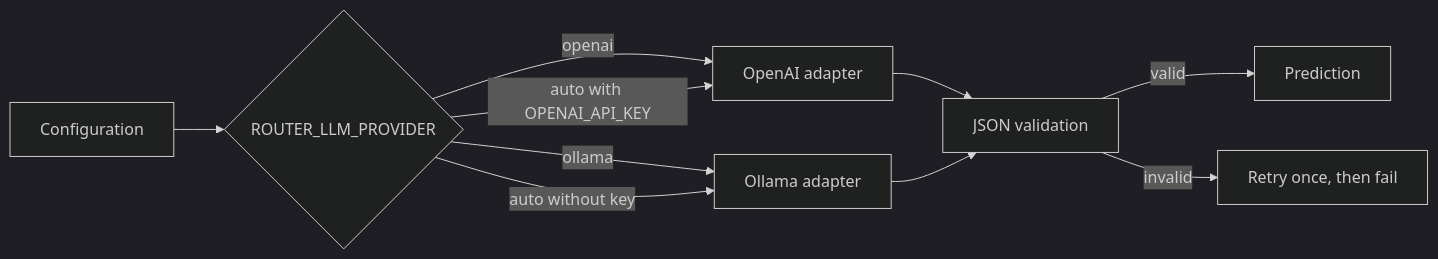
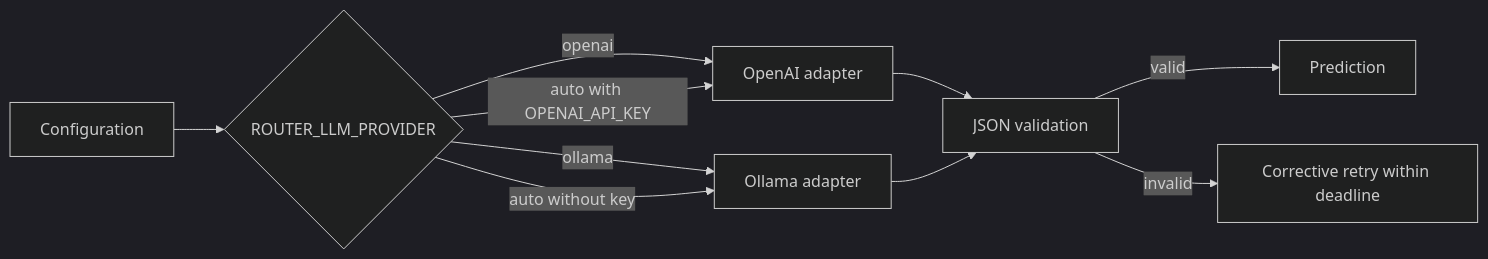
One commit to shiva-reddy-1001/whatsapp-notification-router changed the fourth of 7 diagrams in ARCHITECTURE.md. Above: the diagram before and after it, drawn with Mermaid (dark theme). The commit also changed other lines of this file and 20 other files, not shown here.

````diff
--- a/ARCHITECTURE.md
+++ b/ARCHITECTURE.md
@@ -92,12 +102,12 @@
 ```mermaid
 flowchart LR
     C["Configuration"] --> P{"ROUTER_LLM_PROVIDER"}
     P -->|"openai"| O["OpenAI adapter"]
     P -->|"ollama"| L["Ollama adapter"]
     P -->|"auto with OPENAI_API_KEY"| O
     P -->|"auto without key"| L
     O --> V["JSON validation"]
     L --> V
     V -->|"valid"| OUT["Prediction"]
-    V -->|"invalid"| ERR["Retry once, then fail"]
+    V -->|"invalid"| ERR["Corrective retry within deadline"]
 ```
````
